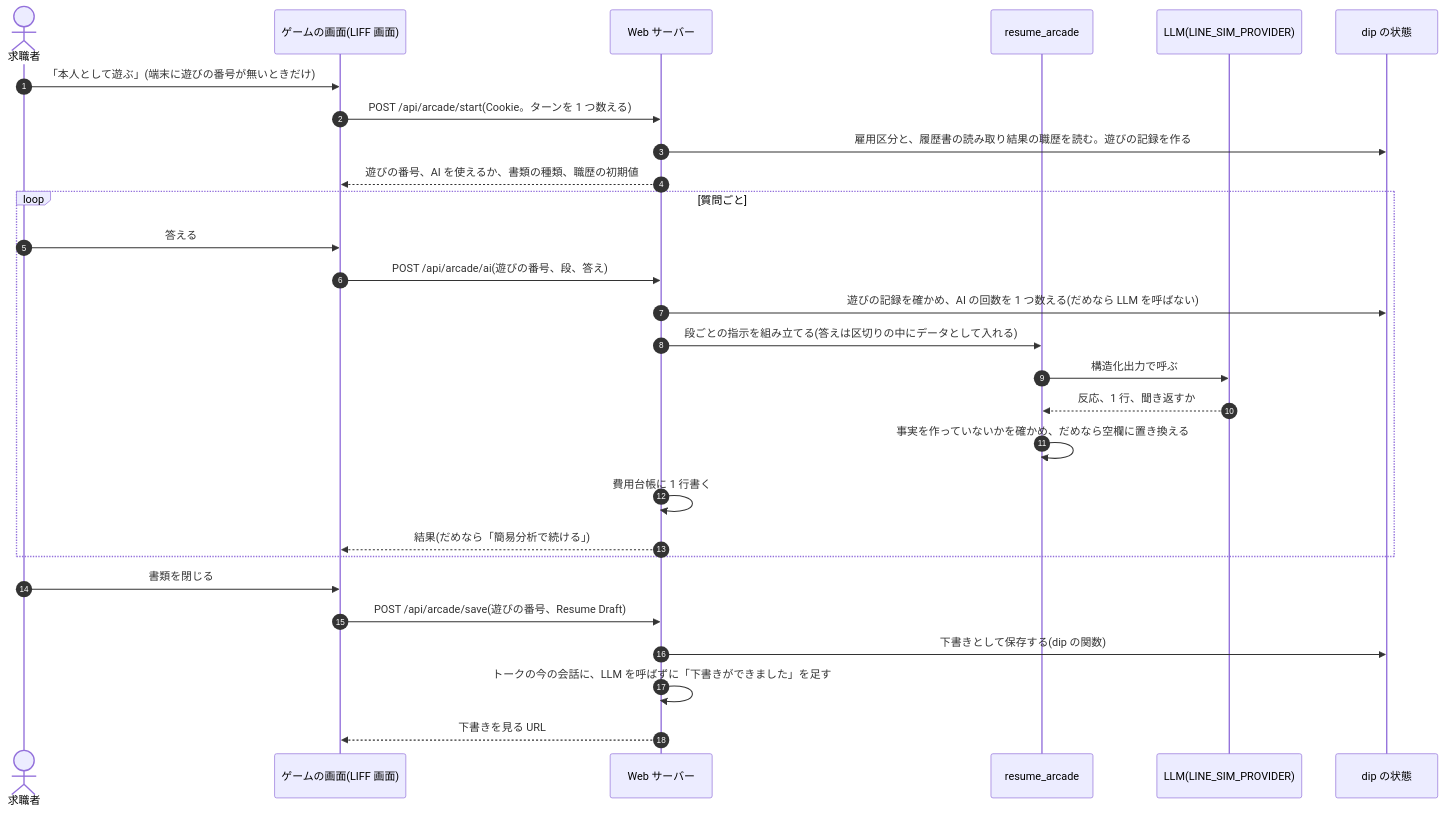
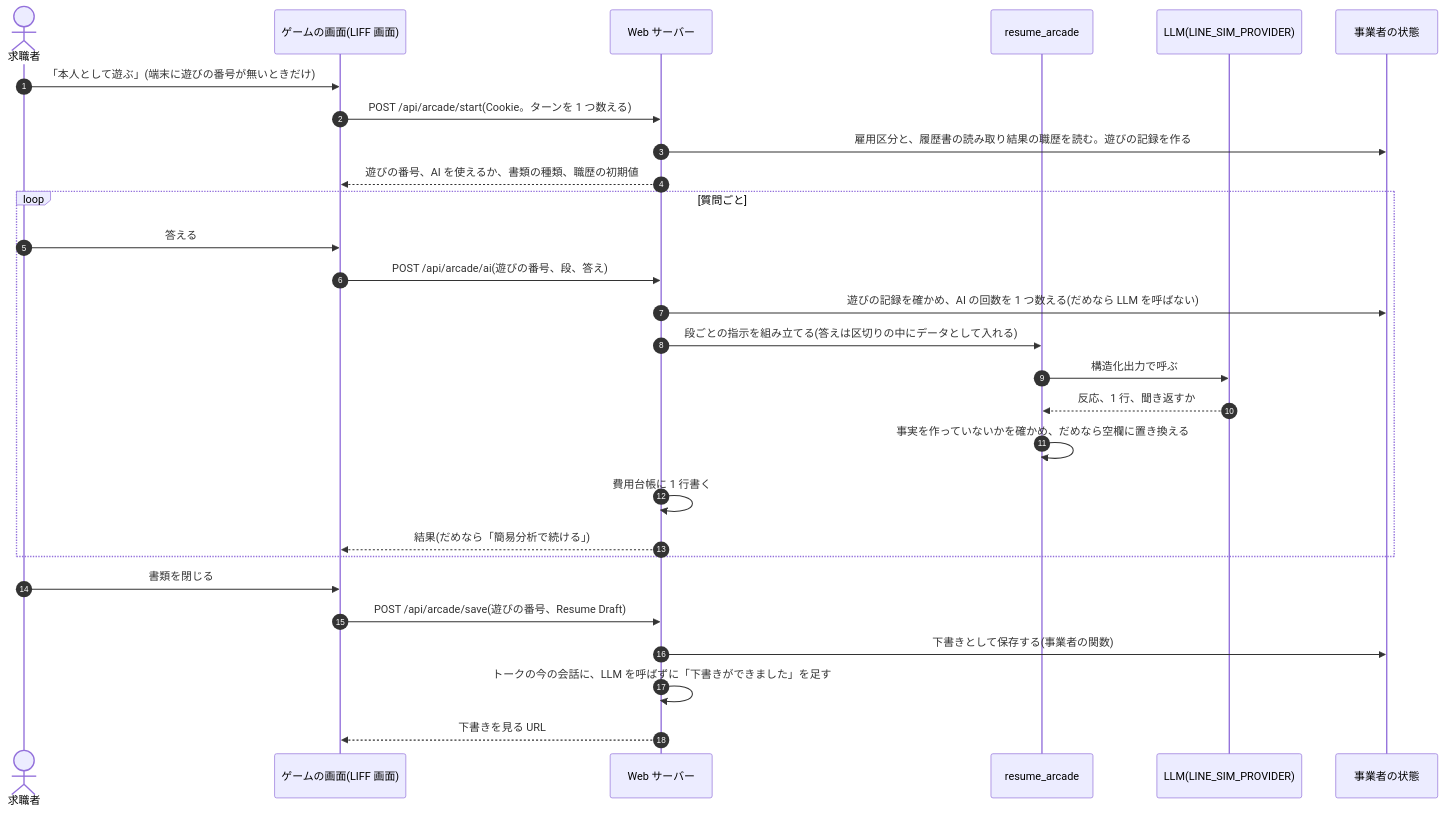
The diagram in docs/prd/resume-arcade.md (jyoka/aica), drawn with Mermaid before and after one commit. The commit also changed other lines of this file and 51 other files, not shown here.

````diff
--- a/docs/prd/resume-arcade.md
+++ b/docs/prd/resume-arcade.md
@@ -193,31 +193,31 @@
 ```mermaid
 sequenceDiagram
     autonumber
     actor U as 求職者
     participant G as ゲームの画面(LIFF 画面)
     participant S as Web サーバー
     participant A as resume_arcade
     participant L as LLM(LINE_SIM_PROVIDER)
-    participant D as dip の状態
+    participant D as 事業者の状態
 
     U->>G: 「本人として遊ぶ」(端末に遊びの番号が無いときだけ)
     G->>S: POST /api/arcade/start(Cookie。ターンを 1 つ数える)
     S->>D: 雇用区分と、履歴書の読み取り結果の職歴を読む。遊びの記録を作る
     S-->>G: 遊びの番号、AI を使えるか、書類の種類、職歴の初期値
     loop 質問ごと
         U->>G: 答える
         G->>S: POST /api/arcade/ai(遊びの番号、段、答え)
         S->>D: 遊びの記録を確かめ、AI の回数を 1 つ数える(だめなら LLM を呼ばない)
         S->>A: 段ごとの指示を組み立てる(答えは区切りの中にデータとして入れる)
         A->>L: 構造化出力で呼ぶ
         L-->>A: 反応、1 行、聞き返すか
         A->>A: 事実を作っていないかを確かめ、だめなら空欄に置き換える
         S->>S: 費用台帳に 1 行書く
         S-->>G: 結果(だめなら「簡易分析で続ける」)
     end
     U->>G: 書類を閉じる
     G->>S: POST /api/arcade/save(遊びの番号、Resume Draft)
-    S->>D: 下書きとして保存する(dip の関数)
+    S->>D: 下書きとして保存する(事業者の関数)
     S->>S: トークの今の会話に、LLM を呼ばずに「下書きができました」を足す
     S-->>G: 下書きを見る URL
 ```
````
